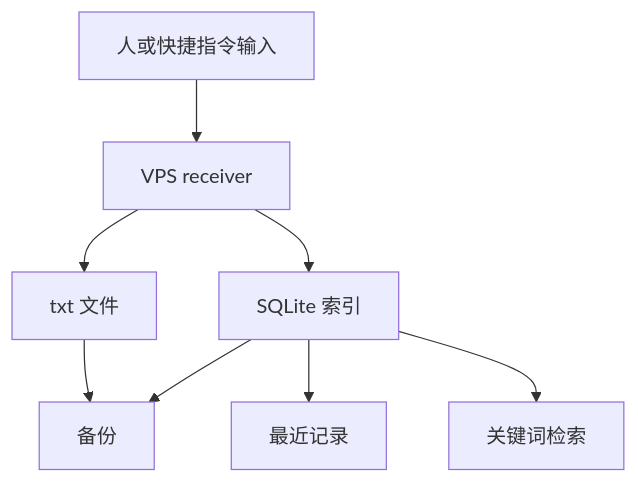
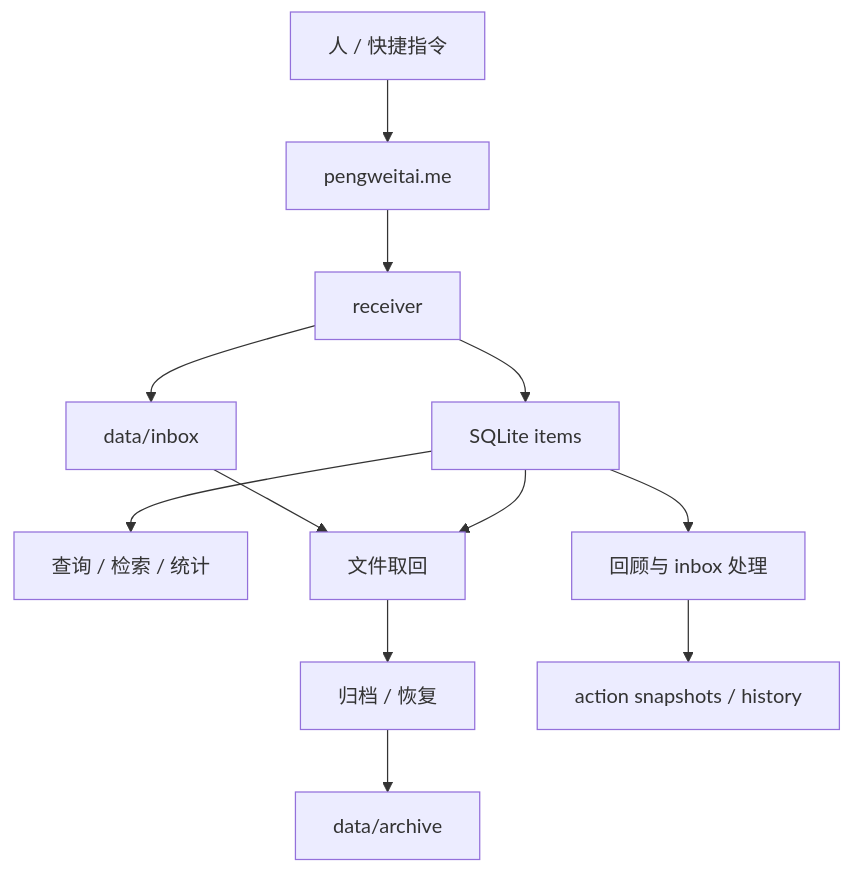
One commit to PengWeiTaing/Axiom changed the diagram in docs/HUMAN_CONTEXT.md. Above: the diagram before and after it, drawn with Mermaid. The commit also changed other lines of this file and 6 other files, not shown here.

Commit message:
Update architecture governance docs

````diff
--- a/docs/HUMAN_CONTEXT.md
+++ b/docs/HUMAN_CONTEXT.md
@@ -26,10 +18,14 @@
 ```mermaid
 flowchart TD
-    A["人或快捷指令输入"] --> B["VPS receiver"]
-    B --> C["txt 文件"]
-    B --> D["SQLite 索引"]
-    D --> E["最近记录"]
-    D --> F["关键词检索"]
-    C --> G["备份"]
-    D --> G
+    A["人 / 快捷指令"] --> B["pengweitai.me"]
+    B --> C["receiver"]
+    C --> D["data/inbox"]
+    C --> E["SQLite items"]
+    E --> F["查询 / 检索 / 统计"]
+    D --> G["文件取回"]
+    E --> G
+    G --> H["归档 / 恢复"]
+    H --> I["data/archive"]
+    E --> J["回顾与 inbox 处理"]
+    J --> K["action snapshots / history"]
 ```
````
